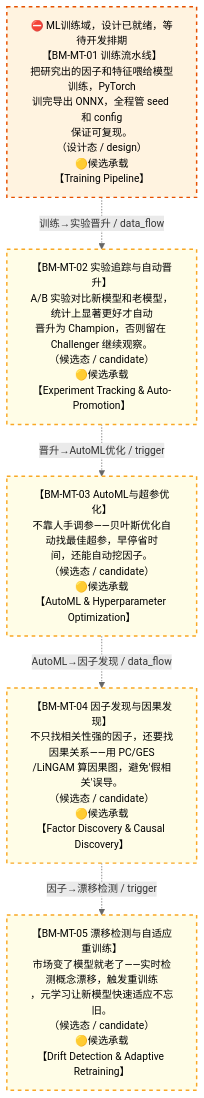
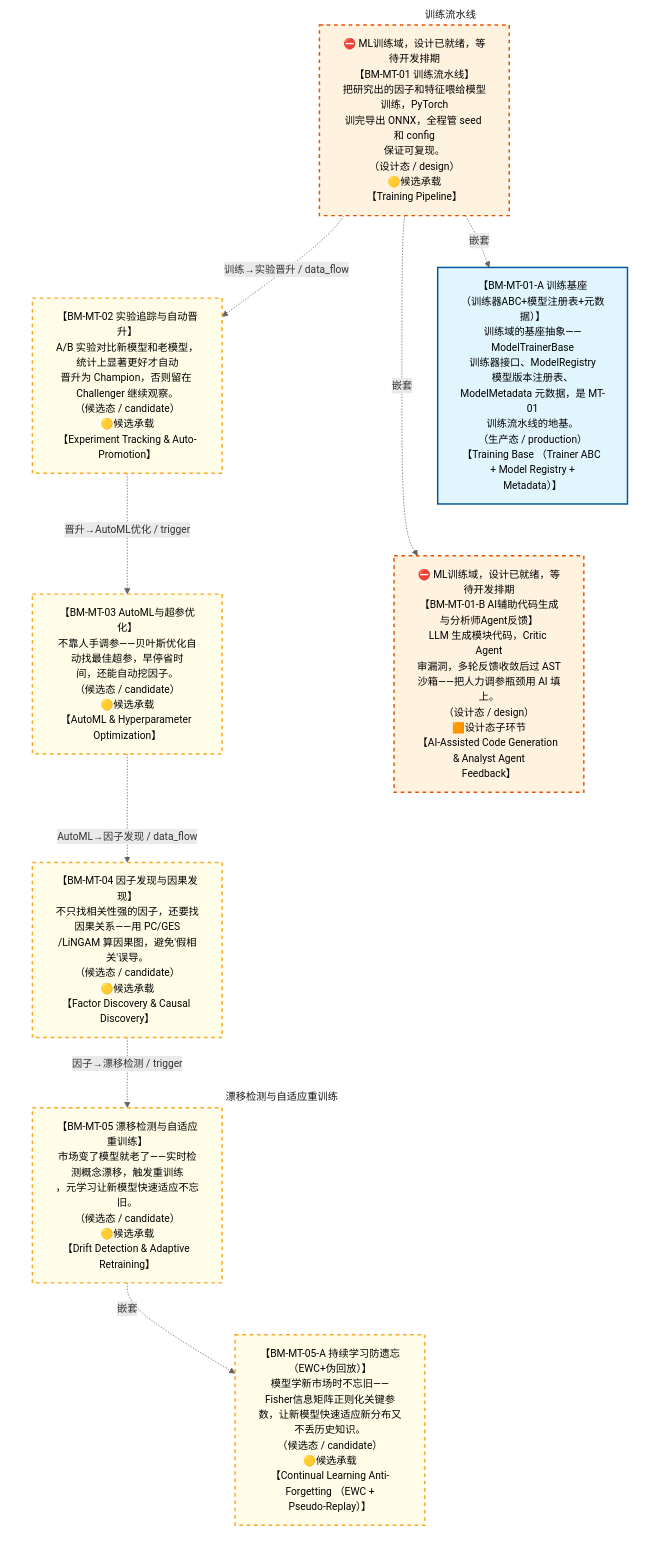
One commit to xuanFelixVan/ZephyrAlpha changed the diagram in docs/02_enterprise_architecture/07_trading_decision_architecture/battle_map/battle_map_02_model_training.md. Above: the diagram before and after it, drawn with Mermaid. The commit also changed other lines of this file and 86 other files, not shown here.

````diff
--- a/docs/02_enterprise_architecture/07_trading_decision_architecture/battle_map/battle_map_02_model_training.md
+++ b/docs/02_enterprise_architecture/07_trading_decision_architecture/battle_map/battle_map_02_model_training.md
@@ -38,21 +39,33 @@
 ```mermaid
 %%{init: {'theme': 'base', 'themeVariables': {'primaryColor': '#eaeaea', 'primaryTextColor': '#333333', 'primaryBorderColor': '#666666', 'lineColor': '#666666', 'secondaryColor': '#eaeaea', 'tertiaryColor': '#eaeaea', 'clusterBkg': 'transparent', 'clusterBorder': 'transparent', 'fontSize': '14px'}}}%%
 %% 模型训练阶段图
 flowchart TD
-    BM_MT_01["⛔ ML训练域，设计已就绪，等待开发排期<br/>【BM-MT-01 训练流水线】<br/>把研究出的因子和特征喂给模型训练，PyTorch<br/>训完导出 ONNX，全程管 seed 和 config<br/>保证可复现。<br/>（设计态 / design）<br/>🟡候选承载<br/>【Training Pipeline】"]
+    subgraph sg_BM_MT_01 ["训练流水线"]
+        BM_MT_01["⛔ ML训练域，设计已就绪，等待开发排期<br/>【BM-MT-01 训练流水线】<br/>把研究出的因子和特征喂给模型训练，PyTorch<br/>训完导出 ONNX，全程管 seed 和 config<br/>保证可复现。<br/>（设计态 / design）<br/>🟡候选承载<br/>【Training Pipeline】"]
+        BM_MT_01_A["【BM-MT-01-A 训练基座<br/>（训练器ABC+模型注册表+元数据）】<br/>训练域的基座抽象——ModelTrainerBase<br/>训练器接口、ModelRegistry<br/>模型版本注册表、ModelMetadata 元数据，是 MT-01<br/>训练流水线的地基。<br/>（生产态 / production）<br/>【Training Base （Trainer ABC + Model Registry +<br/>Metadata）】"]
+        BM_MT_01_B["⛔ ML训练域，设计已就绪，等待开发排期<br/>【BM-MT-01-B AI辅助代码生成与分析师Agent反馈】<br/>LLM 生成模块代码，Critic Agent<br/>审漏洞，多轮反馈收敛后过 AST<br/>沙箱——把人力调参瓶颈用 AI 填上。<br/>（设计态 / design）<br/>🟧设计态子环节<br/>【AI-Assisted Code Generation &amp; Analyst Agent<br/>Feedback】"]
+        BM_MT_01 -.->|嵌套| BM_MT_01_A
+        BM_MT_01 -.->|嵌套| BM_MT_01_B
+    end
     BM_MT_02["【BM-MT-02 实验追踪与自动晋升】<br/>A/B 实验对比新模型和老模型，统计上显著更好才自动<br/>晋升为 Champion，否则留在 Challenger 继续观察。<br/>（候选态 / candidate）<br/>🟡候选承载<br/>【Experiment Tracking &amp; Auto-Promotion】"]
     BM_MT_03["【BM-MT-03 AutoML与超参优化】<br/>不靠人手调参——贝叶斯优化自动找最佳超参，早停省时<br/>间，还能自动挖因子。<br/>（候选态 / candidate）<br/>🟡候选承载<br/>【AutoML &amp; Hyperparameter Optimization】"]
     BM_MT_04["【BM-MT-04 因子发现与因果发现】<br/>不只找相关性强的因子，还要找因果关系——用 PC/GES<br/>/LiNGAM 算因果图，避免'假相关'误导。<br/>（候选态 / candidate）<br/>🟡候选承载<br/>【Factor Discovery &amp; Causal Discovery】"]
-    BM_MT_05["【BM-MT-05 漂移检测与自适应重训练】<br/>市场变了模型就老了——实时检测概念漂移，触发重训练<br/>，元学习让新模型快速适应不忘旧。<br/>（候选态 / candidate）<br/>🟡候选承载<br/>【Drift Detection &amp; Adaptive Retraining】"]
+    subgraph sg_BM_MT_05 ["漂移检测与自适应重训练"]
+        BM_MT_05["【BM-MT-05 漂移检测与自适应重训练】<br/>市场变了模型就老了——实时检测概念漂移，触发重训练<br/>，元学习让新模型快速适应不忘旧。<br/>（候选态 / candidate）<br/>🟡候选承载<br/>【Drift Detection &amp; Adaptive Retraining】"]
+        BM_MT_05_A["【BM-MT-05-A 持续学习防遗忘（EWC+伪回放）】<br/>模型学新市场时不忘旧——Fisher信息矩阵正则化关键参<br/>数，让新模型快速适应新分布又不丢历史知识。<br/>（候选态 / candidate）<br/>🟡候选承载<br/>【Continual Learning Anti-Forgetting （EWC +<br/>Pseudo-Replay）】"]
+        BM_MT_05 -.->|嵌套| BM_MT_05_A
+    end
+    BM_MT_01 ~~~ BM_MT_01_A ~~~ BM_MT_01_B ~~~ BM_MT_05_A
     BM_MT_01 -.->|训练→实验晋升 / data_flow| BM_MT_02
     BM_MT_02 -.->|晋升→AutoML优化 / trigger| BM_MT_03
     BM_MT_03 -.->|AutoML→因子发现 / data_flow| BM_MT_04
     BM_MT_04 -.->|因子→漂移检测 / trigger| BM_MT_05
 classDef production fill:#e1f5fe,stroke:#01579b,stroke-width:2px,color:#000
 classDef design fill:#fff3e0,stroke:#e65100,stroke-width:2px,color:#000,stroke-dasharray: 5 5
 classDef deprecated fill:#ffebee,stroke:#c62828,stroke-width:2px,color:#000
 classDef missing fill:#eeeeee,stroke:#9e9e9e,stroke-width:2px,color:#000
 classDef candidate fill:#fffde7,stroke:#f9a825,stroke-width:2px,color:#000,stroke-dasharray: 5 5
-    class BM_MT_01 design
-    class BM_MT_02,BM_MT_03,BM_MT_04,BM_MT_05 candidate
+    class BM_MT_01_A production
+    class BM_MT_01,BM_MT_01_B design
+    class BM_MT_02,BM_MT_03,BM_MT_04,BM_MT_05,BM_MT_05_A candidate
 ```
````
